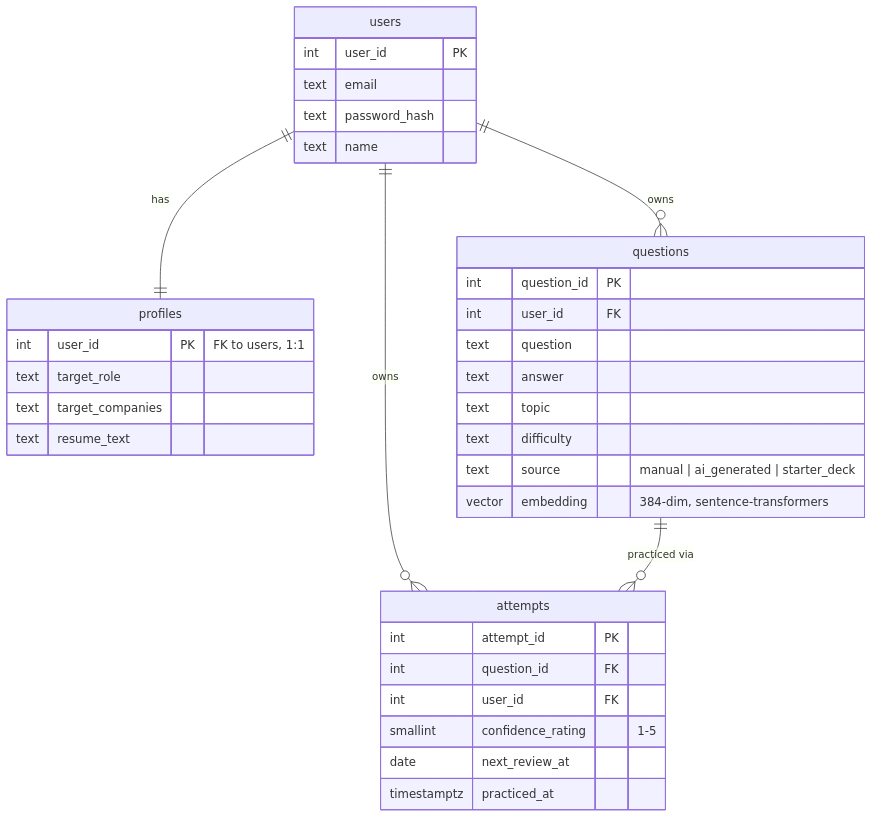
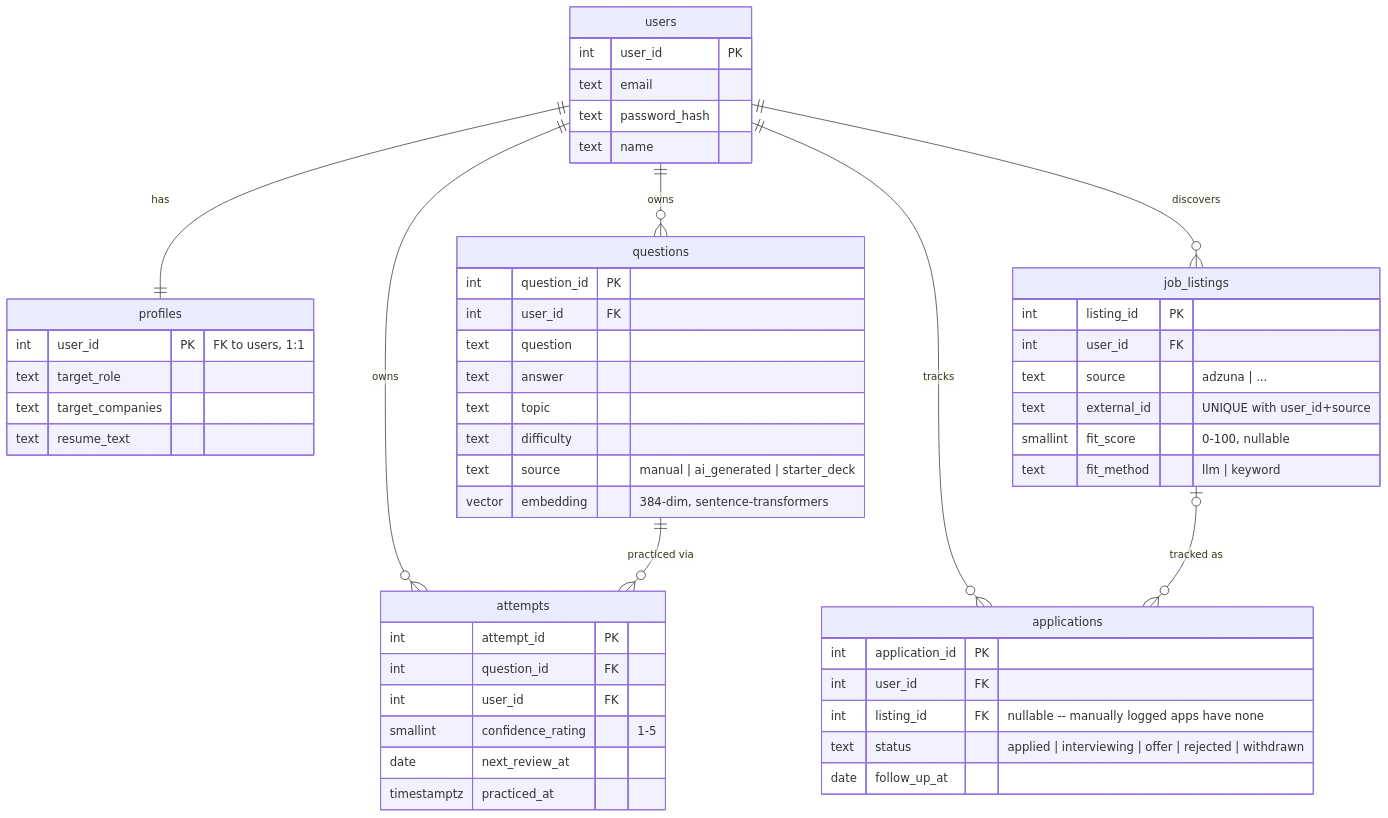
One commit to SAYUSHMAN18/PracticeLoop changed the third of 3 diagrams in ARCHITECTURE.md. Above: the diagram before and after it, drawn with Mermaid. The commit also changed other lines of this file and 19 other files, not shown here.

````diff
--- a/ARCHITECTURE.md
+++ b/ARCHITECTURE.md
@@ -57,38 +88,58 @@
 ```mermaid
 erDiagram
     users ||--|| profiles : has
     users ||--o{ questions : owns
     users ||--o{ attempts : owns
     questions ||--o{ attempts : "practiced via"
 
     users {
         int user_id PK
         text email
         text password_hash
         text name
     }
     profiles {
         int user_id PK "FK to users, 1:1"
         text target_role
         text target_companies
         text resume_text
     }
     questions {
         int question_id PK
         int user_id FK
         text question
         text answer
         text topic
         text difficulty
         text source "manual | ai_generated | starter_deck"
         vector embedding "384-dim, sentence-transformers"
     }
     attempts {
         int attempt_id PK
         int question_id FK
         int user_id FK
         smallint confidence_rating "1-5"
         date next_review_at
         timestamptz practiced_at
     }
+
+    users ||--o{ job_listings : discovers
+    users ||--o{ applications : tracks
+    job_listings |o--o{ applications : "tracked as"
+
+    job_listings {
+        int listing_id PK
+        int user_id FK
+        text source "adzuna | ..."
+        text external_id "UNIQUE with user_id+source"
+        smallint fit_score "0-100, nullable"
+        text fit_method "llm | keyword"
+    }
+    applications {
+        int application_id PK
+        int user_id FK
+        int listing_id FK "nullable -- manually logged apps have none"
+        text status "applied | interviewing | offer | rejected | withdrawn"
+        date follow_up_at
+    }
 ```
````
